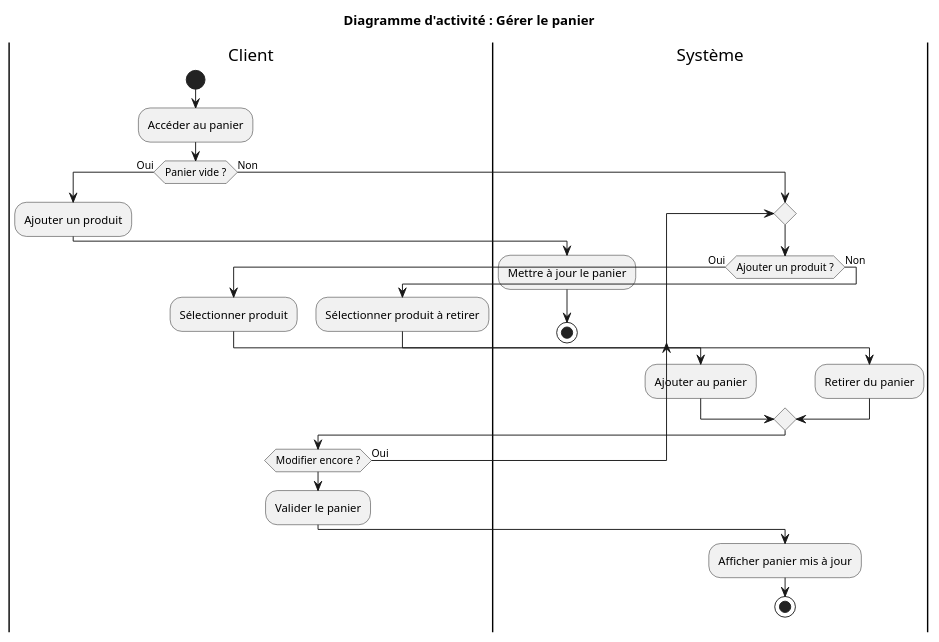
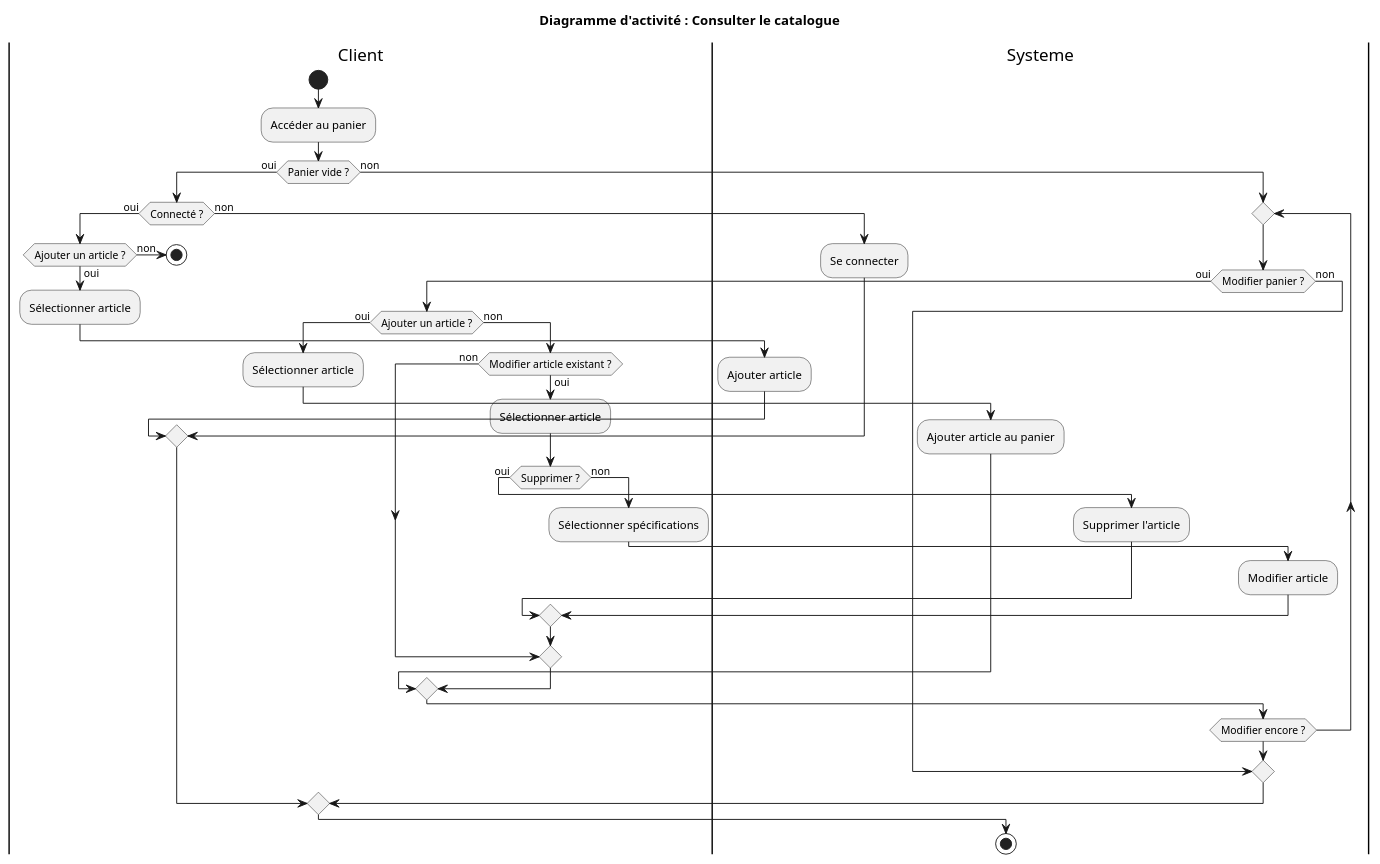
The diagram in Analyse/DA_swimlanes/DA_gerer_panier.puml (SkatDoesArt/ScentMeIFYouCan), drawn with PlantUML before and after one commit. The commit also changed 2 other files, not shown here.

Commit message:
DA gerer panier

```diff
--- a/Analyse/DA_swimlanes/DA_gerer_panier.puml
+++ b/Analyse/DA_swimlanes/DA_gerer_panier.puml
@@ -1,41 +1,70 @@
 @startuml
-title Diagramme d'activité : Gérer le panier
+title Diagramme d'activité : Consulter le catalogue
 
 |Client|
 start
 :Accéder au panier;
 
-if (Panier vide ?) then (Oui)
-    :Ajouter un produit;
+if (Panier vide ?) then (oui)
 
-    |Système|
-    :Mettre à jour le panier;
-    stop
-else (Non)
-    repeat
-        if (Ajouter un produit ?) then (Oui)
+    if (Connecté ?) then (oui)
+        |Client|
+        if (Ajouter un article ?) then (oui)
+            :Sélectionner article;
+            |Systeme|
+            :Ajouter article;
+        else (non)
             |Client|
-            :Sélectionner produit;
-
-            |Système|
-            :Ajouter au panier;
-        else (Non)
-            
-            |Client|
-            :Sélectionner produit à retirer;
-
-            |Système|
-            :Retirer du panier;
+            stop
         endif
 
-        |Client|
-    repeat while (Modifier encore ?) is (Oui)
+    else (non)
+        |Systeme|
+        :Se connecter;
+    endif
 
-    :Valider le panier;
+else (non)
 
-    |Système|
-    :Afficher panier mis à jour;
-    stop
+    repeat
+
+        if (Modifier panier ?) then (oui)
+
+            |Client|
+            if (Ajouter un article ?) then (oui)
+
+                :Sélectionner article;
+                |Systeme|
+                :Ajouter article au panier;
+
+            else (non)
+
+                |Client|
+                if (Modifier article existant ?) then (oui)
+                    :Sélectionner article;
+
+                    if (Supprimer ?) then (oui)
+                        |Systeme|
+                        :Supprimer l'article;
+                    else (non)
+                        |Client|
+                        :Sélectionner spécifications;
+                        |Systeme|
+                        :Modifier article;
+                    endif
+
+                else (non)
+                    ' Aucune modification
+                endif
+
+            endif
+
+        else (non)
+            break
+        endif
+
+    repeat while (Modifier encore ?)
+
 endif
 
+stop
 @enduml
```
